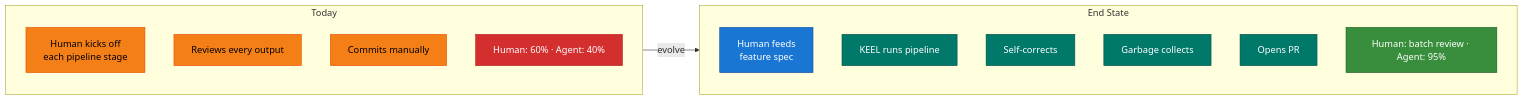
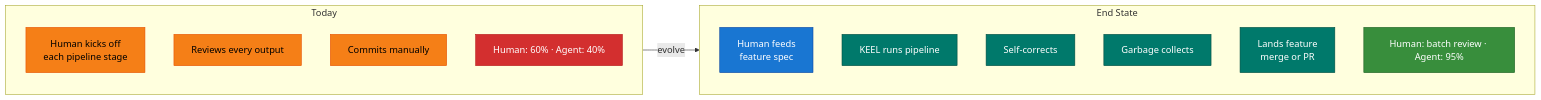
One commit to TejGandham/keel changed the diagram in NORTH-STAR.md. Above: the diagram before and after it, drawn with Mermaid. The commit also changed other lines of this file, not shown here.

````diff
--- a/NORTH-STAR.md
+++ b/NORTH-STAR.md
@@ -11,31 +11,31 @@
 ```mermaid
 graph LR
     subgraph today [Today]
         T1[Human kicks off<br/>each pipeline stage]
         T2[Reviews every output]
         T3[Commits manually]
         T4["Human: 60% · Agent: 40%"]
     end
 
     subgraph endstate [End State]
         E1[Human feeds<br/>feature spec]
         E2[KEEL runs pipeline]
         E3[Self-corrects]
         E4[Garbage collects]
-        E5[Opens PR]
+        E5[Lands feature<br/>merge or PR]
         E6["Human: batch review · Agent: 95%"]
     end
 
     today -->|evolve| endstate
 
     style T1 fill:#F57F17,stroke:#E65100,color:#000
     style T2 fill:#F57F17,stroke:#E65100,color:#000
     style T3 fill:#F57F17,stroke:#E65100,color:#000
     style T4 fill:#D32F2F,stroke:#B71C1C,color:#fff
     style E1 fill:#1976D2,stroke:#0D47A1,color:#fff
     style E2 fill:#00796B,stroke:#004D40,color:#fff
     style E3 fill:#00796B,stroke:#004D40,color:#fff
     style E4 fill:#00796B,stroke:#004D40,color:#fff
     style E5 fill:#00796B,stroke:#004D40,color:#fff
     style E6 fill:#388E3C,stroke:#1B5E20,color:#fff
 ```
````
